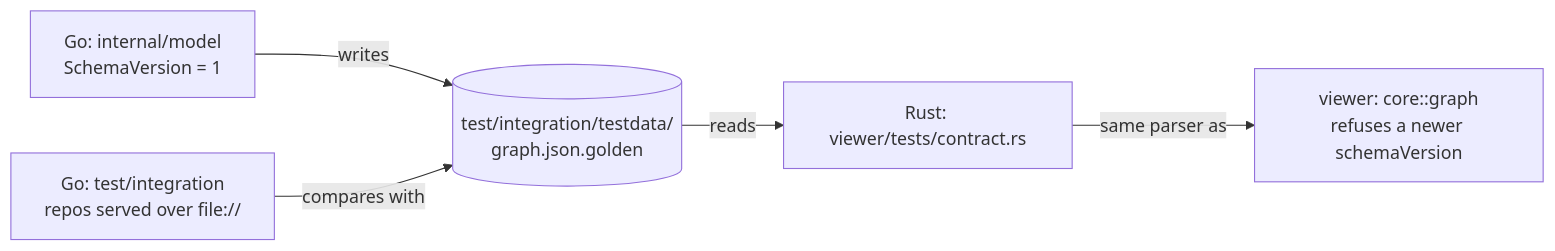
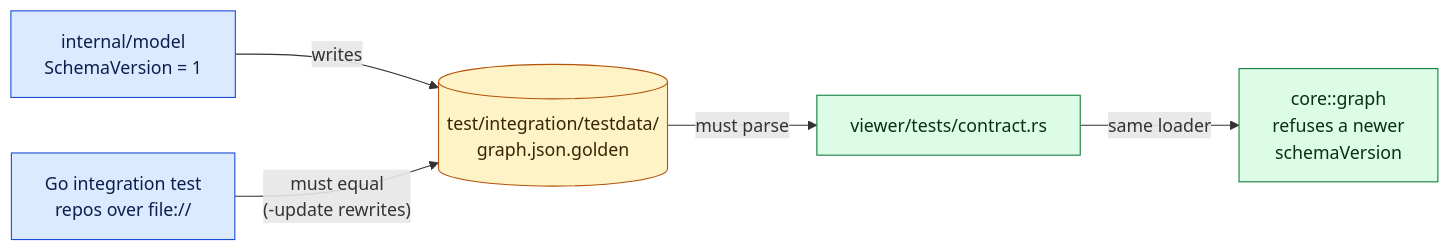
Before and after one commit to Avicted/tools.pipeline-graph: the fifth of 10 diagrams in docs/architecture.md, drawn with Mermaid. The commit also changed other lines of this file, not shown here.

Commit message:
docs(architecture): redraw with trust boundaries, domain model, runtime and CI/CD

````diff
--- a/docs/architecture.md
+++ b/docs/architecture.md
@@ -110,7 +226,14 @@
 ```mermaid
 flowchart LR
-    model["Go: internal/model<br/>SchemaVersion = 1"] -- "writes" --> golden[("test/integration/testdata/<br/>graph.json.golden")]
-    integ["Go: test/integration<br/>repos served over file://"] -- "compares with" --> golden
-    golden -- "reads" --> contract["Rust: viewer/tests/contract.rs"]
-    contract -- "same parser as" --> load["viewer: core::graph<br/>refuses a newer schemaVersion"]
+    model["internal/model<br/>SchemaVersion = 1"] -- "writes" --> golden[("test/integration/testdata/<br/>graph.json.golden")]
+    integ["Go integration test<br/>repos over file://"] -- "must equal<br/>(-update rewrites)" --> golden
+    golden -- "must parse" --> contract["viewer/tests/contract.rs"]
+    contract -- "same loader" --> loader["core::graph<br/>refuses a newer<br/>schemaVersion"]
+
+    classDef go fill:#dbeafe,stroke:#1d4ed8,color:#0b1f4d
+    classDef data fill:#fef3c7,stroke:#b45309,color:#3a2402
+    classDef rust fill:#dcfce7,stroke:#15803d,color:#0a2e16
+    class model,integ go
+    class golden data
+    class contract,loader rust
 ```
````
